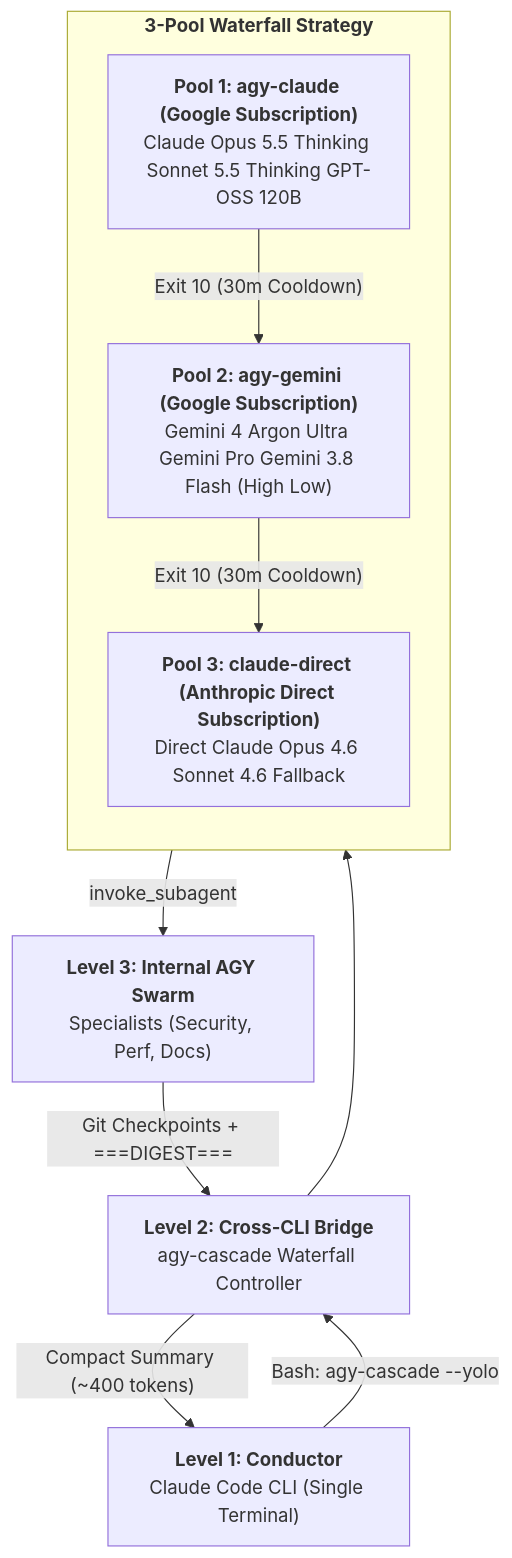
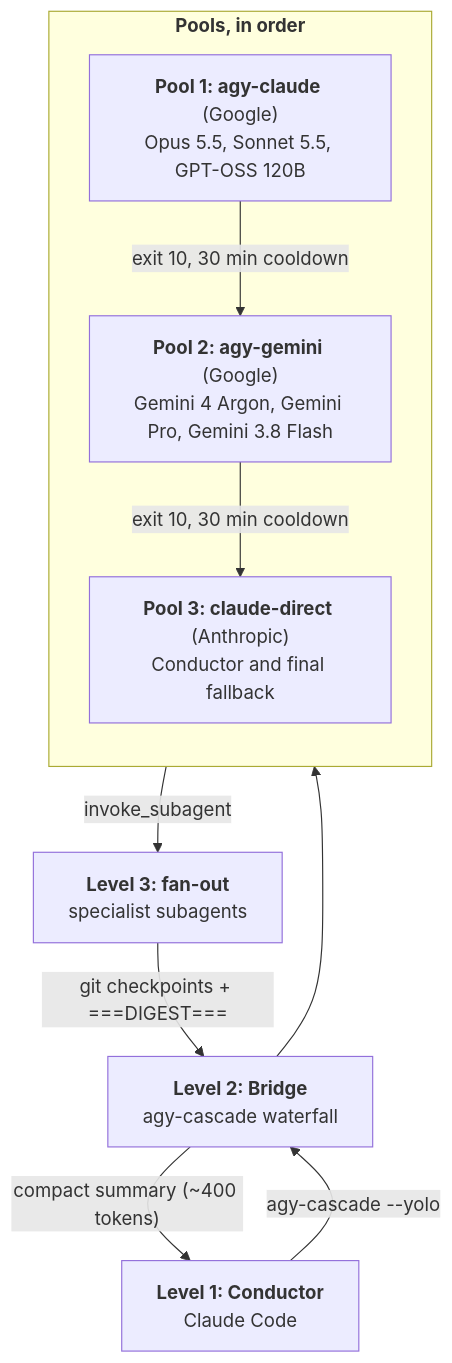
Before and after one commit to juanmarboledao2304/dual-agent-nexus: the diagram in README.md, drawn with Mermaid. The commit also changed other lines of this file and 22 other files, not shown here.

````diff
--- a/README.md
+++ b/README.md
@@ -54,20 +151,17 @@
 ```mermaid
 flowchart TD
-  L1["<b>Level 1: Conductor</b><br/>Claude Code CLI (Single Terminal)"]
-  L1 -->|"Bash: agy-cascade --yolo"| Bridge["<b>Level 2: Cross-CLI Bridge</b><br/>agy-cascade Waterfall Controller"]
-
-  subgraph Waterfall["<b>3-Pool Waterfall Strategy</b>"]
+  L1["<b>Level 1: Conductor</b><br/>Claude Code"]
+  L1 -->|"agy-cascade --yolo"| Bridge["<b>Level 2: Bridge</b><br/>agy-cascade waterfall"]
+  subgraph Waterfall["<b>Pools, in order</b>"]
     direction TB
-    Pool1["<b>Pool 1: agy-claude (Google Subscription)</b><br/>Claude Opus 5.5 Thinking Sonnet 5.5 Thinking GPT-OSS 120B"]
-    Pool2["<b>Pool 2: agy-gemini (Google Subscription)</b><br/>Gemini 4 Argon Ultra Gemini Pro Gemini 3.8 Flash (High Low)"]
-    Pool3["<b>Pool 3: claude-direct (Anthropic Direct Subscription)</b><br/>Direct Claude Opus 4.6 Sonnet 4.6 Fallback"]
-
-    Pool1 -->|"Exit 10 (30m Cooldown)"| Pool2
-    Pool2 -->|"Exit 10 (30m Cooldown)"| Pool3
+    Pool1["<b>Pool 1: agy-claude</b> (Google)<br/>Opus 5.5, Sonnet 5.5, GPT-OSS 120B"]
+    Pool2["<b>Pool 2: agy-gemini</b> (Google)<br/>Gemini 4 Argon, Gemini Pro, Gemini 3.8 Flash"]
+    Pool3["<b>Pool 3: claude-direct</b> (Anthropic)<br/>Conductor and final fallback"]
+    Pool1 -->|"exit 10, 30 min cooldown"| Pool2
+    Pool2 -->|"exit 10, 30 min cooldown"| Pool3
   end
-
   Bridge --> Waterfall
-  Waterfall -->|"invoke_subagent"| L3["<b>Level 3: Internal AGY Swarm</b><br/>Specialists (Security, Perf, Docs)"]
-  L3 -->|"Git Checkpoints + ===DIGEST==="| Bridge
-  Bridge -->|"Compact Summary (~400 tokens)"| L1
+  Waterfall -->|"invoke_subagent"| L3["<b>Level 3: fan-out</b><br/>specialist subagents"]
+  L3 -->|"git checkpoints + ===DIGEST==="| Bridge
+  Bridge -->|"compact summary (~400 tokens)"| L1
 ```
````
